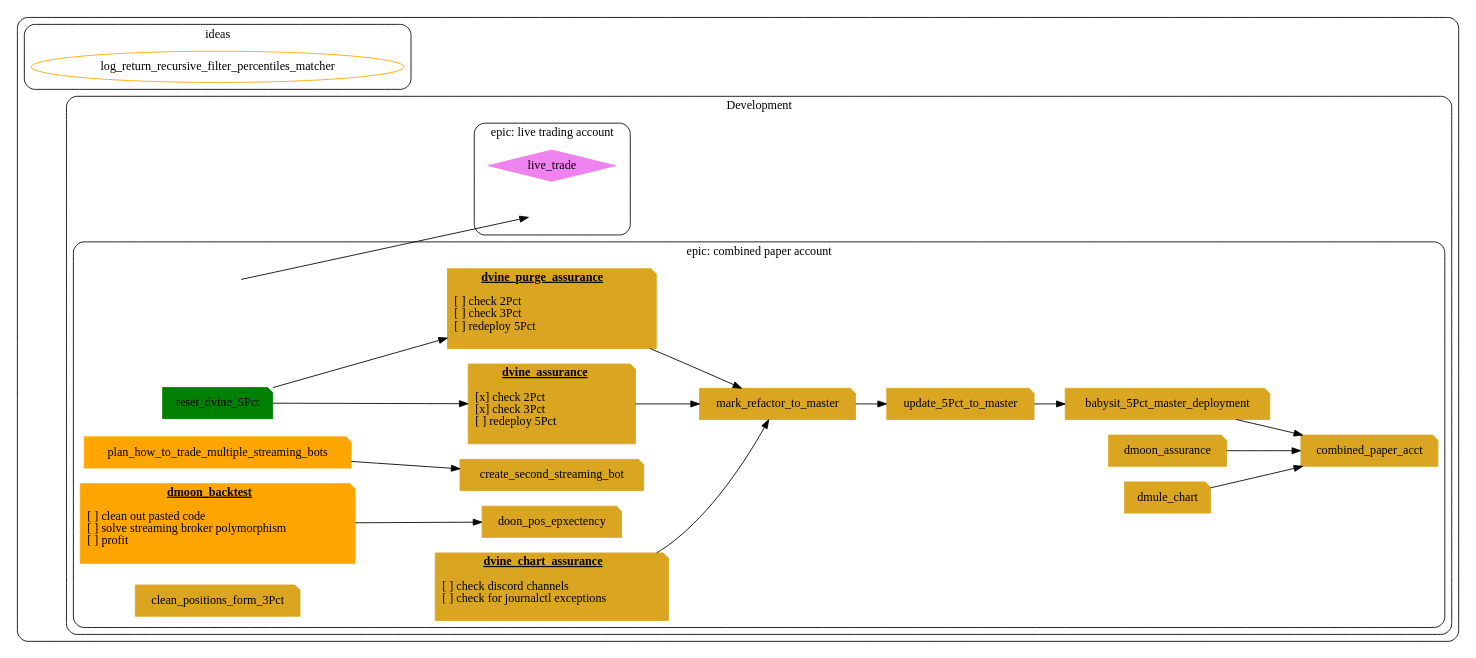
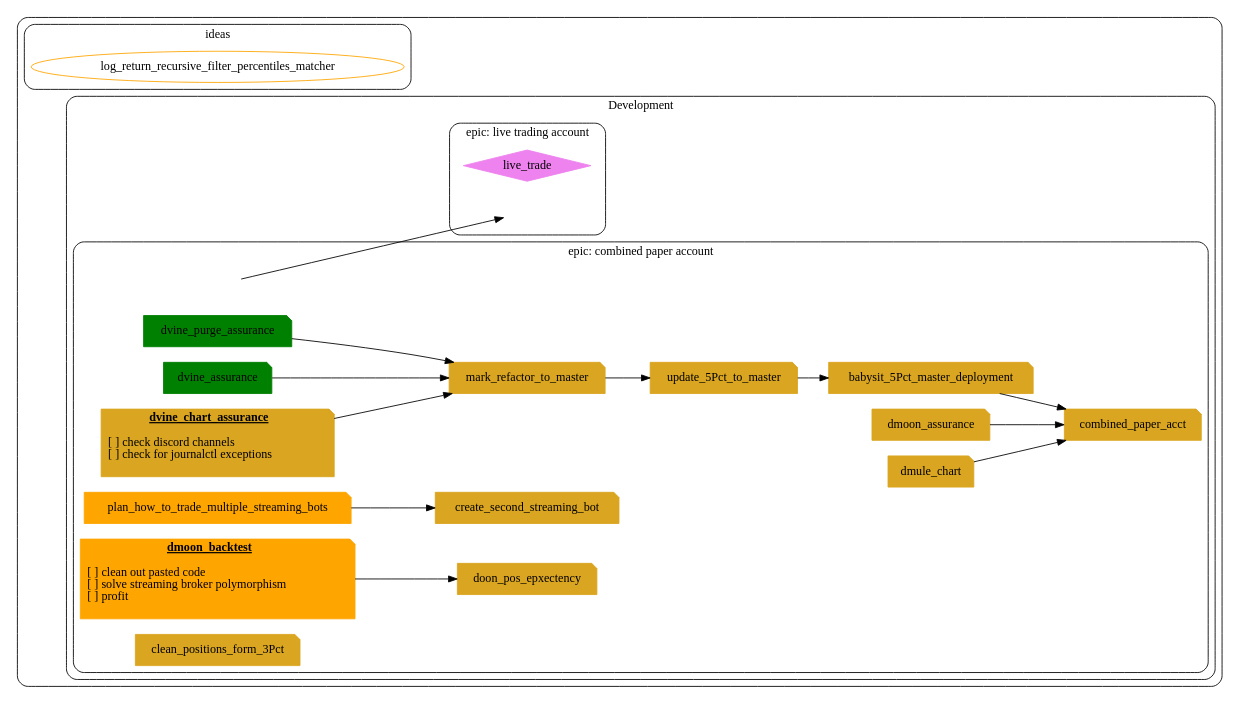
One commit to webclinic017/dvault changed the diagram in tasks.dot. Above: the diagram before and after it, drawn with Graphviz. The commit also changed other lines of this file and 1 other file, not shown here.

```diff
--- a/tasks.dot
+++ b/tasks.dot
@@ -1,166 +1,151 @@
 /*
  * d* tasks
  */
 digraph G {
 
 graph [fontname = "Handlee"];
 node [fontname = "Handlee" shape=note style=filled color=goldenrod];
 edge [fontname = "Handlee"];
 rankdir=LR;
 style="rounded"
 compound=true
 
 
 subgraph cluster_main{
   // label="Quathar"
 
 subgraph cluster_ideas{
   label="ideas"
   node [style=none shape=oval color=orange]
   log_return_recursive_filter_percentiles_matcher
 }
 
 subgraph cluster_dev {
   label="Development"
 
   node[shape=none]
 
   subgraph cluster_epic{
-    
+
     label="epic: combined paper account"
     epic[label="" style="invisible"]
 
     // DONE
     node[fontname = "Handlee" shape=note style=filled color=green];
-    
-    reset_dvine_5Pct
-    
+
+    dvine_purge_assurance
+
+    dvine_assurance
+
     // UNDERWAY
     node[fontname = "Handlee" shape=note style=filled color=orange]
 
     plan_how_to_trade_multiple_streaming_bots
+
     dmoon_backtest[
         label=<
         <B><U>dmoon_backtest</U></B>
         <BR/>
         <BR ALIGN="LEFT"/> [ ] clean out pasted code
         <BR ALIGN="LEFT"/> [ ] solve streaming broker polymorphism
         <BR ALIGN="LEFT"/> [ ] profit
         <BR ALIGN="LEFT"/>
         >]
-    
+
+
+
+
     // TODO
     node [fontname = "Handlee" shape=note style=filled color=goldenrod];
     mark_refactor_to_master->update_5Pct_to_master
 
     update_5Pct_to_master->babysit_5Pct_master_deployment
     babysit_5Pct_master_deployment->combined_paper_acct
-    
-    dvine_assurance[
-        label=<
-        <B><U>dvine_assurance</U></B>
-        <BR/>
-        <BR ALIGN="LEFT"/> [x] check 2Pct
-        <BR ALIGN="LEFT"/> [x] check 3Pct
-        <BR ALIGN="LEFT"/> [ ] redeploy 5Pct
-        <BR ALIGN="LEFT"/>
-        >]
+
 
     dvine_assurance->mark_refactor_to_master
 
     dvine_chart_assurance[
         label=<
         <B><U>dvine_chart_assurance</U></B>
         <BR/>
         <BR ALIGN="LEFT"/> [ ] check discord channels
         <BR ALIGN="LEFT"/> [ ] check for journalctl exceptions
         <BR ALIGN="LEFT"/>
         >]
 
 
-    
-    
 
-    dvine_purge_assurance[
-        label=<
-        <B><U>dvine_purge_assurance</U></B>
-        <BR/>
-        <BR ALIGN="LEFT"/> [ ] check 2Pct
-        <BR ALIGN="LEFT"/> [ ] check 3Pct
-        <BR ALIGN="LEFT"/> [ ] redeploy 5Pct
-        <BR ALIGN="LEFT"/>
-        >]
 
-    
+
+
+
 
     // TODO
     node [fontname = "Handlee" shape=note style=filled color=goldenrod]
 
     plan_how_to_trade_multiple_streaming_bots->create_second_streaming_bot
     dvine_purge_assurance->mark_refactor_to_master
     dmoon_assurance->combined_paper_acct
 
     dmule_chart->combined_paper_acct
 
     clean_positions_form_3Pct
 
-    reset_dvine_5Pct->dvine_assurance
-    reset_dvine_5Pct->dvine_purge_assurance
+    dvine_chart_assurance->mark_refactor_to_master
 
-    dvine_chart_assurance->mark_refactor_to_master
-    
     dmoon_backtest->doon_pos_epxectency
 
-    
+
 
 
   }
 
 
   subgraph cluster_next_epic{
     label="epic: live trading account"
 
     live_trade[shape=diamond color=violet]
 
     node[shape=none]
     next_epic[label="" style="invisible"]
   }
 }
 
 epic->next_epic
 
 
 
 //placeholder_2
 
 } //cluster_
 
 /*
 subgraph cluster_flegend{
 subgraph cluster_legend{
   label="legend"
   bgcolor=transparent;
   fontsize=24
 idea [style=none shape=oval color=orange]
 todo [fontname = "Handlee" shape=note style=filled color=goldenrod];
 done [fontname = "Handlee" shape=note style=filled color=green];
 underway [fontname = "Handlee" shape=note style=filled color=orange];
 bug [fontname = "Handlee" shape=note style=filled color=red];
 goal [shape=diamond color=violet]
 
 todo->done[style=invis,] // for layout
 idea->underway[style=invis,] // for layout
 
 
 }
 }
 */
 
 
 
 
 
 
 
 
 }
```
